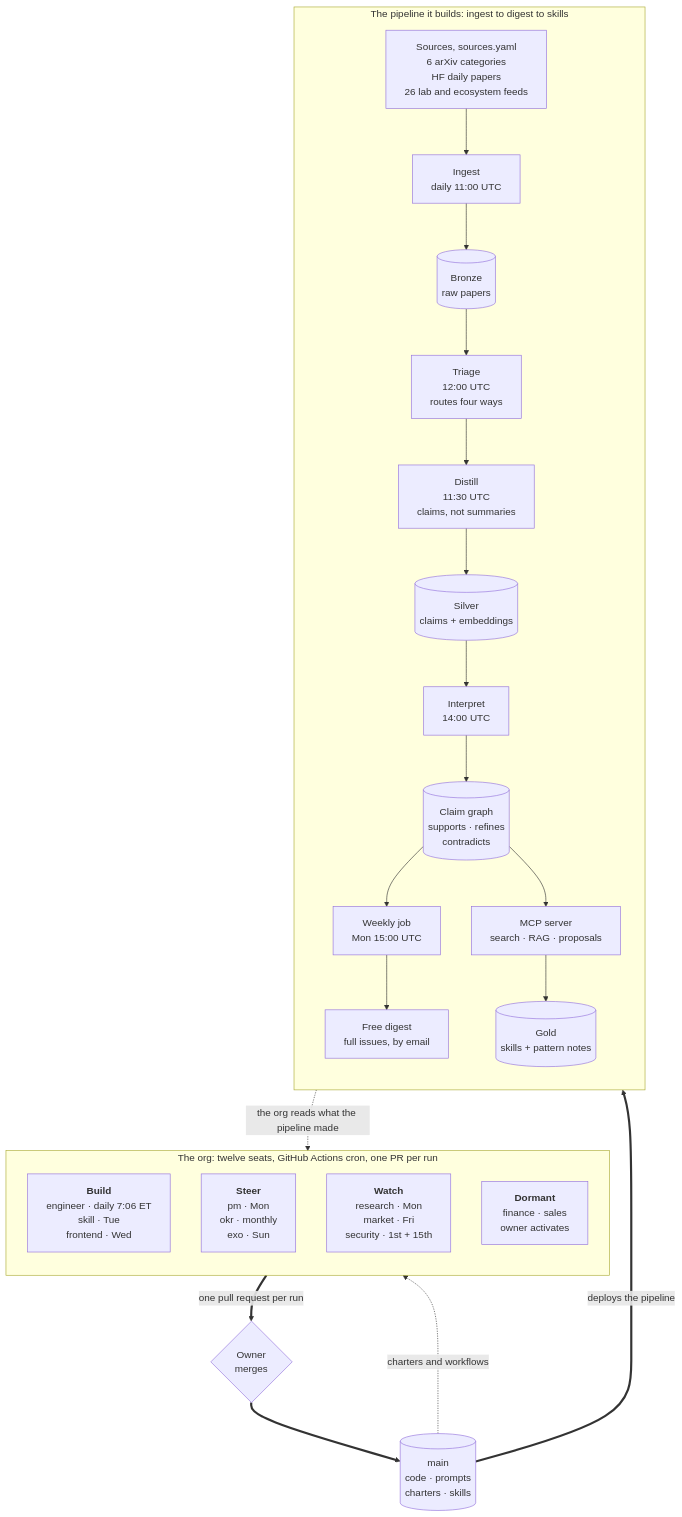
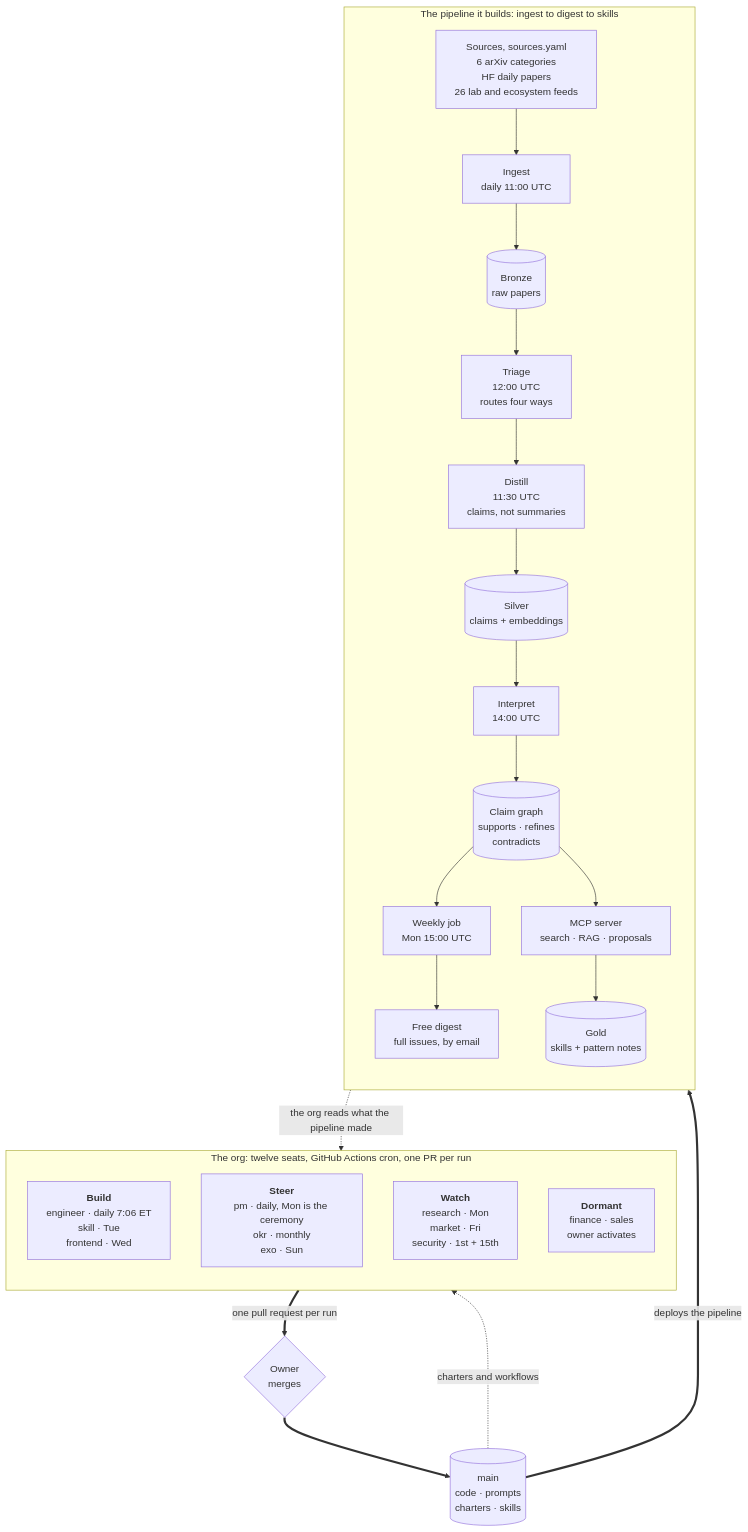
The first of 2 diagrams in README.md (alexandrapaiz/alexandria), drawn with Mermaid before and after one commit. The commit also changed other lines of this file, not shown here.

Commit message:
README: the PM is daily, open routing is paused not live, and the press is honestly marked silent; diagram re-rendered

````diff
--- a/README.md
+++ b/README.md
@@ -34,36 +34,36 @@
 ```mermaid
 flowchart TB
     subgraph ORG["The org: twelve seats, GitHub Actions cron, one PR per run"]
         direction TB
         BUILD["<b>Build</b><br/>engineer · daily 7:06 ET<br/>skill · Tue<br/>frontend · Wed"]
-        STEER["<b>Steer</b><br/>pm · Mon<br/>okr · monthly<br/>exo · Sun"]
+        STEER["<b>Steer</b><br/>pm · daily, Mon is the ceremony<br/>okr · monthly<br/>exo · Sun"]
         WATCH["<b>Watch</b><br/>research · Mon<br/>market · Fri<br/>security · 1st + 15th"]
         DORM["<b>Dormant</b><br/>finance · sales<br/>owner activates"]
     end
 
     subgraph PIPE["The pipeline it builds: ingest to digest to skills"]
         direction TB
         SRC["Sources, sources.yaml<br/>6 arXiv categories<br/>HF daily papers<br/>26 lab and ecosystem feeds"]
         ING["Ingest<br/>daily 11:00 UTC"]
         BR[("Bronze<br/>raw papers")]
         TRI["Triage<br/>12:00 UTC<br/>routes four ways"]
         DIS["Distill<br/>11:30 UTC<br/>claims, not summaries"]
         SIL[("Silver<br/>claims + embeddings")]
         INT["Interpret<br/>14:00 UTC"]
         GR[("Claim graph<br/>supports · refines<br/>contradicts")]
         WK["Weekly job<br/>Mon 15:00 UTC"]
         DIGEST["Free digest<br/>full issues, by email"]
         MCP["MCP server<br/>search · RAG · proposals"]
         GOLD[("Gold<br/>skills + pattern notes")]
 
         SRC --> ING --> BR --> TRI --> DIS --> SIL --> INT --> GR
         GR --> WK --> DIGEST
         GR --> MCP --> GOLD
     end
 
     ORG ==>|"one pull request per run"| GATE{"Owner<br/>merges"}
     GATE ==> MAIN[("main<br/>code · prompts<br/>charters · skills")]
     MAIN ==>|"deploys the pipeline"| PIPE
     MAIN -.->|"charters and workflows"| ORG
     PIPE -.->|"the org reads what the pipeline made"| ORG
 ```
````
